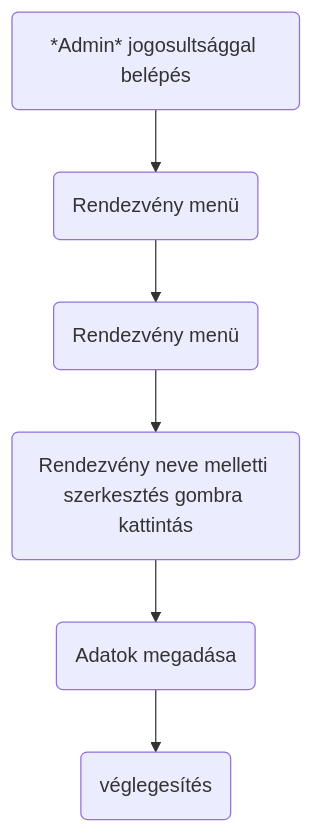
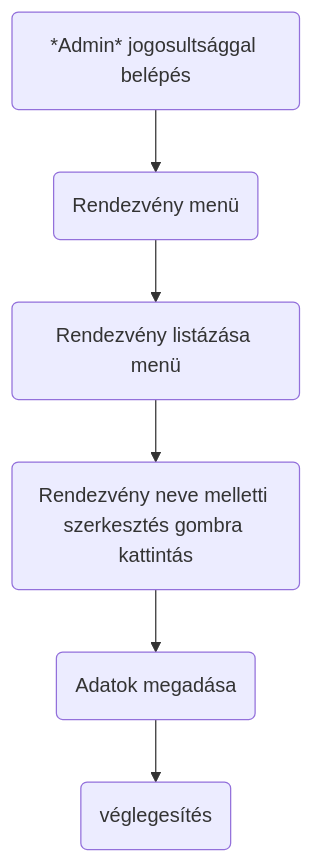
One commit to AfpCsoportFives/Afp2Projekt changed the third of 9 diagrams in docs/KövSpec.md. Above: the diagram before and after it, drawn with Mermaid. The commit also changed other lines of this file, not shown here.

````diff
--- a/docs/KövSpec.md
+++ b/docs/KövSpec.md
@@ -114,14 +125,14 @@
 ```mermaid
 flowchart TD;
 A("*Admin* jogosultsággal belépés");
 B("Rendezvény menü");
-C("Rendezvény  menü");
+C("Rendezvény listázása menü");
 D("Rendezvény neve melletti szerkesztés gombra kattintás");
 E("Adatok megadása");
 F("véglegesítés");
 A-->B;
 B-->C;
 C-->D;
 D-->E;
 E-->F;
 ```
````
